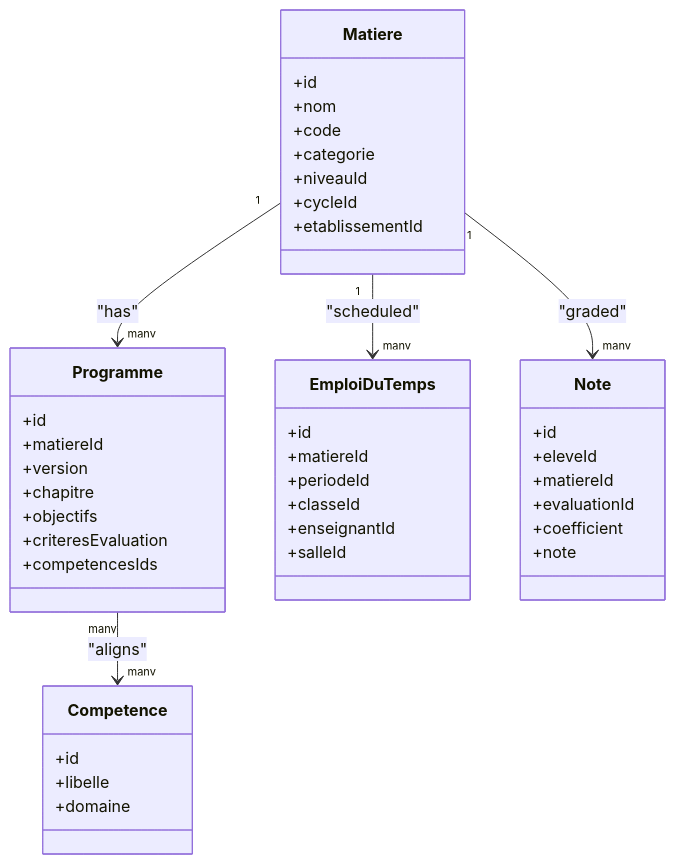
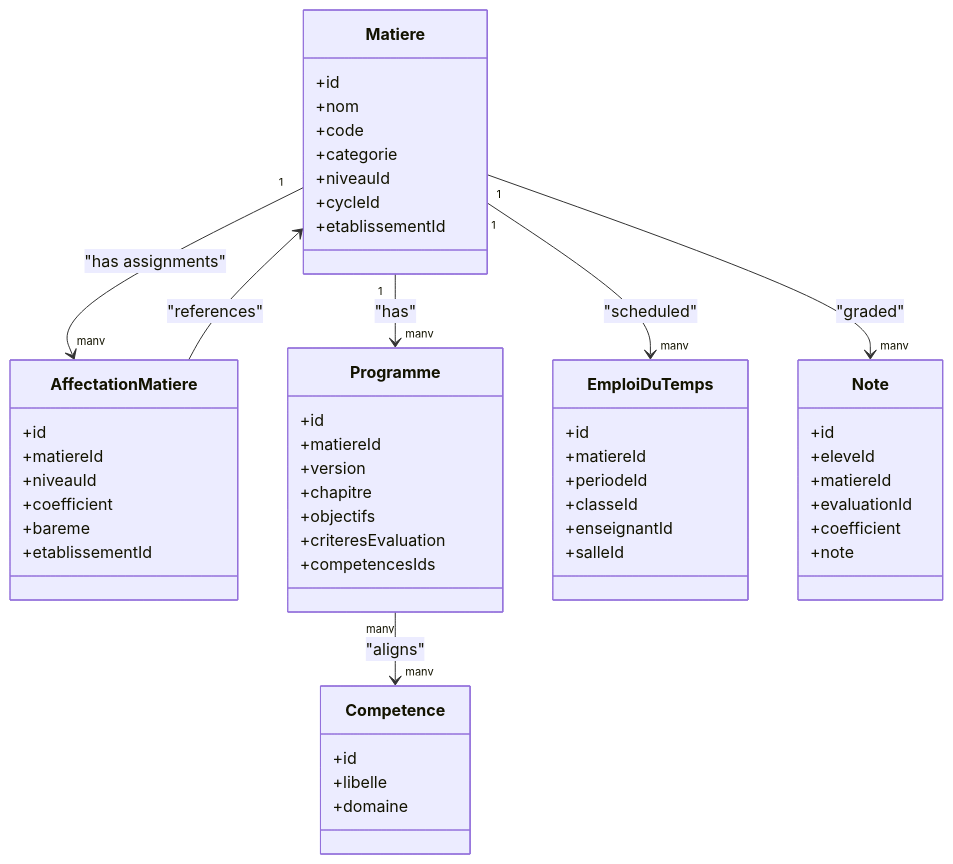
One commit to franckylab/eLISAschool changed the second of 7 diagrams in .qoder/repowiki/en/content/Academic Management System/Class & Schedule Management/Subject & Curriculum Management.md. Above: the diagram before and after it, drawn with Mermaid. The commit also changed other lines of this file and 455 other files, not shown here.

````diff
--- a/.qoder/repowiki/en/content/Academic Management System/Class & Schedule Management/Subject & Curriculum Management.md
+++ b/.qoder/repowiki/en/content/Academic Management System/Class & Schedule Management/Subject & Curriculum Management.md
@@ -133,46 +143,56 @@
 ```mermaid
 classDiagram
 class Matiere {
 +id
 +nom
 +code
 +categorie
 +niveauId
 +cycleId
++etablissementId
+}
+class AffectationMatiere {
++id
++matiereId
++niveauId
++coefficient
++bareme
 +etablissementId
 }
 class Programme {
 +id
 +matiereId
 +version
 +chapitre
 +objectifs
 +criteresEvaluation
 +competencesIds
 }
 class Competence {
 +id
 +libelle
 +domaine
 }
 class EmploiDuTemps {
 +id
 +matiereId
 +periodeId
 +classeId
 +enseignantId
 +salleId
 }
 class Note {
 +id
 +eleveId
 +matiereId
 +evaluationId
 +coefficient
 +note
 }
+Matiere "1" --> "many" AffectationMatiere : "has assignments"
 Matiere "1" --> "many" Programme : "has"
 Programme "many" --> "many" Competence : "aligns"
+AffectationMatiere --> Matiere : "references"
 Matiere "1" --> "many" EmploiDuTemps : "scheduled"
 Matiere "1" --> "many" Note : "graded"
 ```
````
